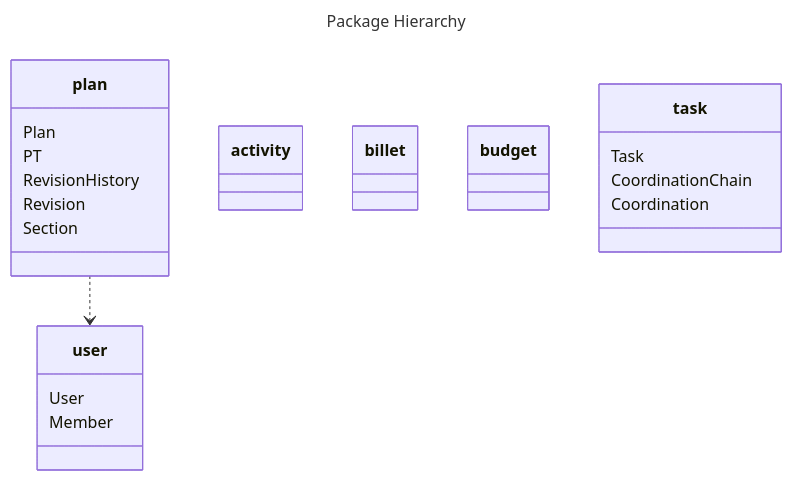
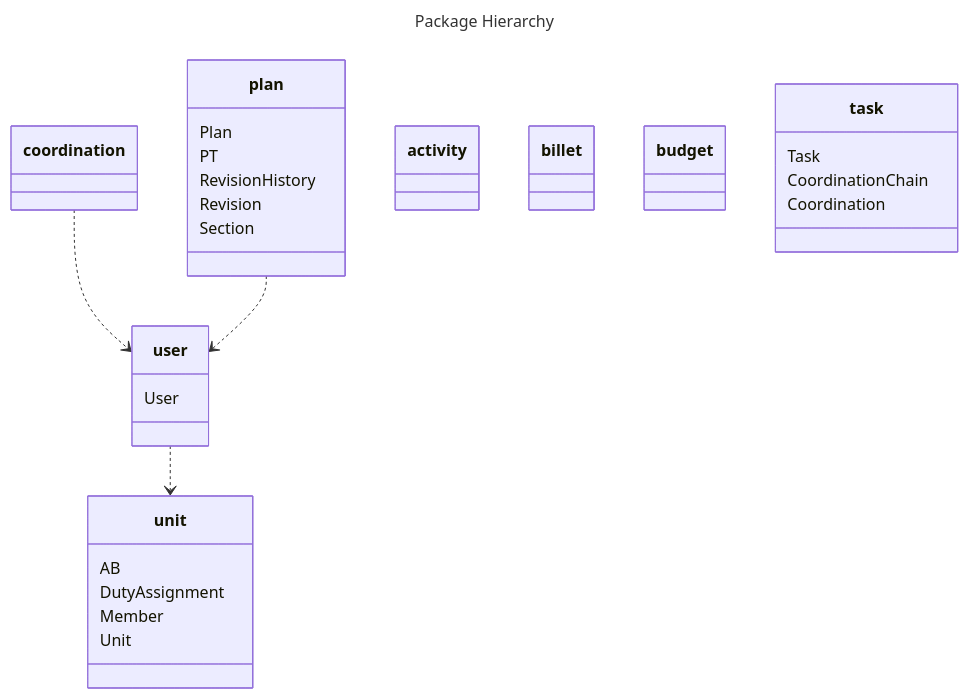
Before and after one commit to DerHabicht/capa5: the first of 4 diagrams in docs/domain/classes.md, drawn with Mermaid. The commit also changed other lines of this file and 4 other files, not shown here.

````diff
--- a/docs/domain/classes.md
+++ b/docs/domain/classes.md
@@ -3,37 +3,49 @@
 ```mermaid
 ---
 title: Package Hierarchy
 ---
 
 classDiagram
+    coordination ..> user
     plan ..> user
+    user ..> unit
 
     class activity {
     }
 
     class billet {
     }
 
     class budget {
+    }
+
+    class coordination {
+
     }
 
     class plan {
         Plan
         PT
         RevisionHistory
         Revision
         Section
     }
 
     class task {
         Task
         CoordinationChain
         Coordination
     }
 
+    class unit {
+        AB
+        DutyAssignment
+        Member
+        Unit
+    }
+
     class user {
         User
-        Member
     }
 
 ```
````
